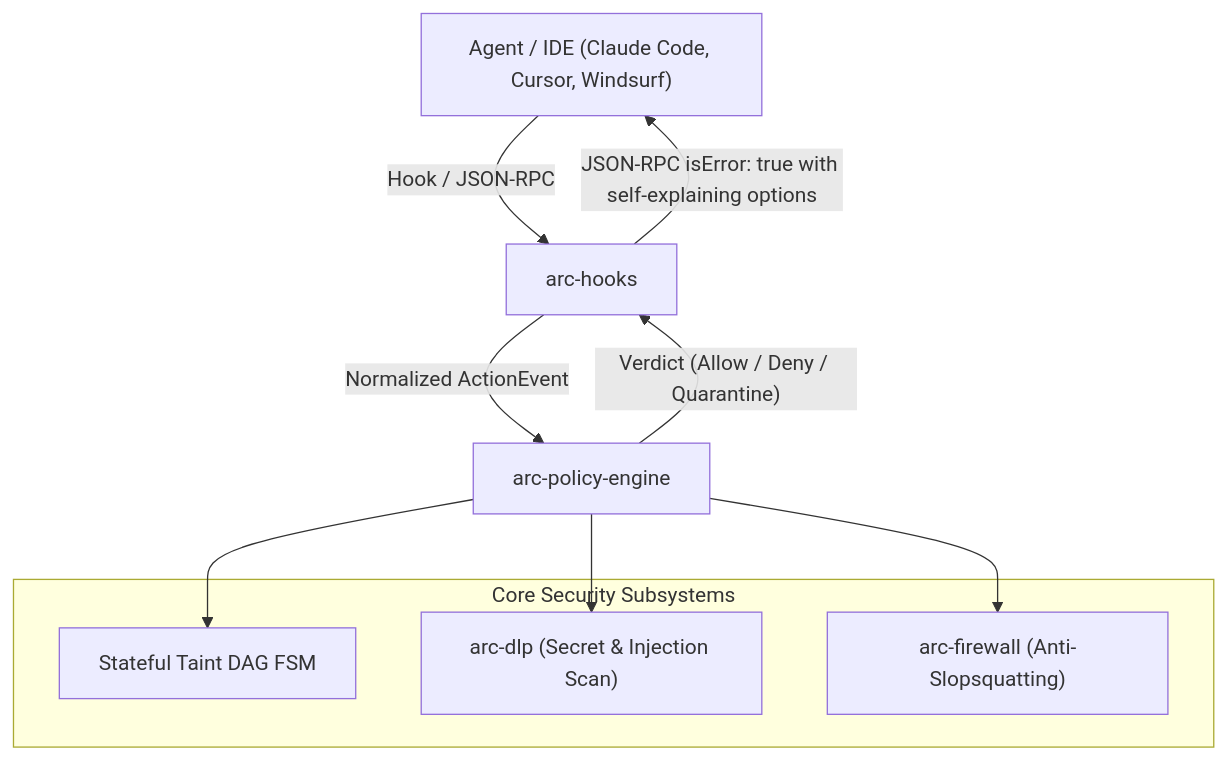
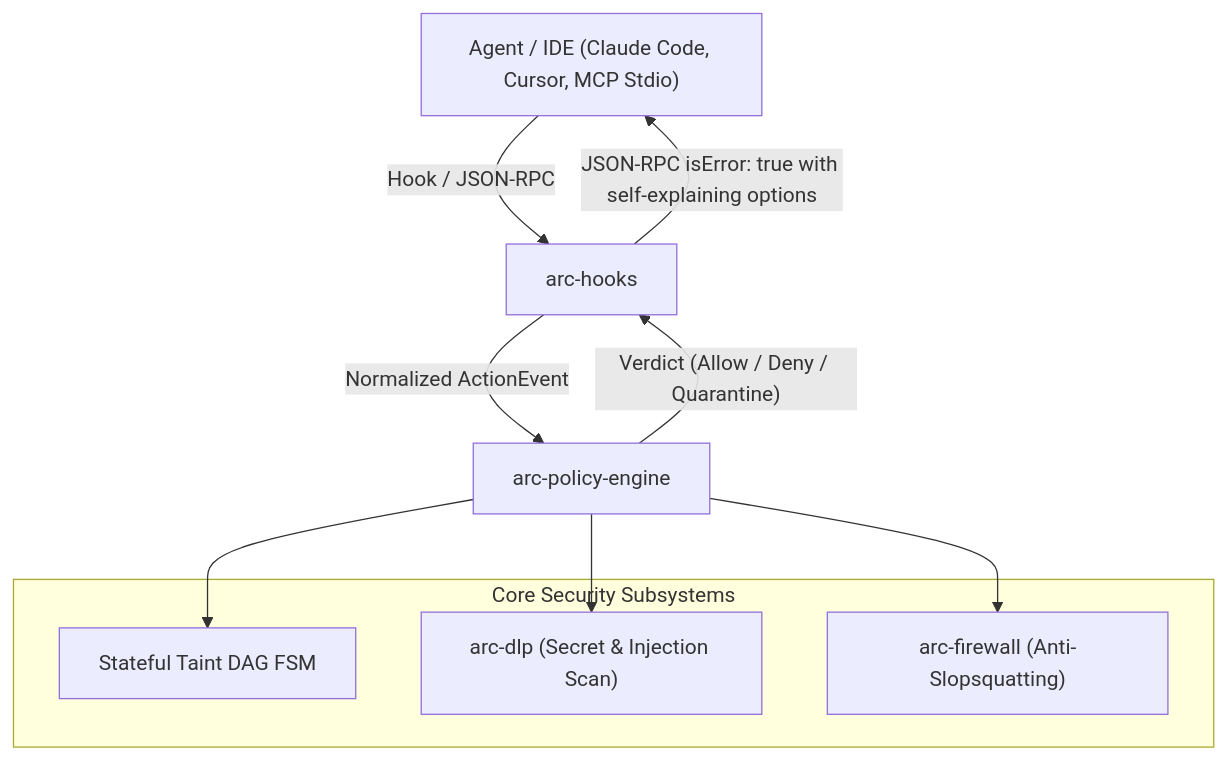
Before and after one commit to noviqtechnologies/vexa-arc: the first of 2 diagrams in docs/developer-guide.md, drawn with Mermaid. The commit also changed other lines of this file and 7 other files, not shown here.

````diff
--- a/docs/developer-guide.md
+++ b/docs/developer-guide.md
@@ -40,18 +40,18 @@
 ```mermaid
 flowchart TB
-    HOST["Agent / IDE (Claude Code, Cursor, Windsurf)"] -->|"Hook / JSON-RPC"| HOOKS["arc-hooks"]
+    HOST["Agent / IDE (Claude Code, Cursor, MCP Stdio)"] -->|"Hook / JSON-RPC"| HOOKS["arc-hooks"]
     HOOKS -->|"Normalized ActionEvent"| ENGINE["arc-policy-engine"]
     
     subgraph ENGINE_SUBSYSTEMS["Core Security Subsystems"]
         DAG["Stateful Taint DAG FSM"]
         DLP["arc-dlp (Secret & Injection Scan)"]
         FW["arc-firewall (Anti-Slopsquatting)"]
     end
     
     ENGINE --> DAG
     ENGINE --> DLP
     ENGINE --> FW
     
     ENGINE -->|"Verdict (Allow / Deny / Quarantine)"| HOOKS
     HOOKS -->|"JSON-RPC isError: true with self-explaining options"| HOST
 ```
````
